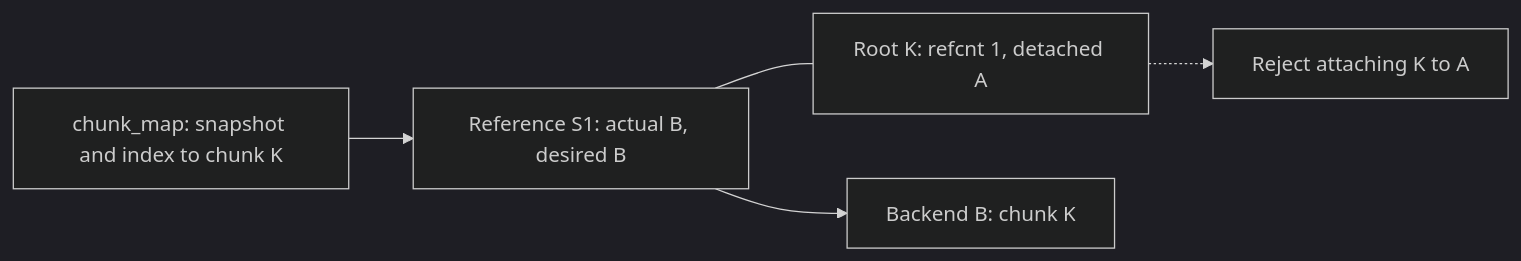
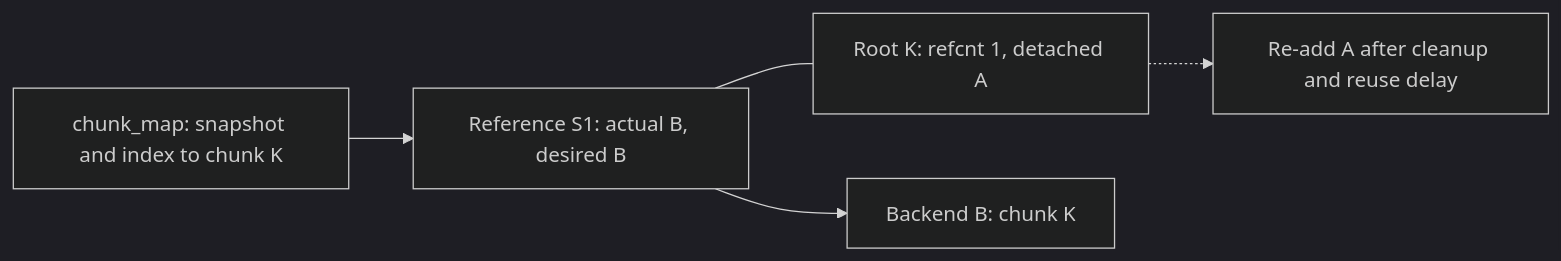
Before and after one commit to ydb-platform/nbs: the second of 10 diagrams in doc/disk_manager/chunk_storage/design_doc.md, drawn with Mermaid (dark theme). The commit also changed other lines of this file, not shown here.

````diff
--- a/doc/disk_manager/chunk_storage/design_doc.md
+++ b/doc/disk_manager/chunk_storage/design_doc.md
@@ -91,7 +99,7 @@
 ```mermaid
 flowchart LR
     Map["chunk_map: snapshot and index to chunk K"] --> Ref["Reference S1: actual B, desired B"]
     Ref --- Root["Root K: refcnt 1, detached A"]
     Ref --> B["Backend B: chunk K"]
-    Root -.-> Denied["Reject attaching K to A"]
+    Root -.-> Denied["Re-add A after cleanup and reuse delay"]
 ```
````
